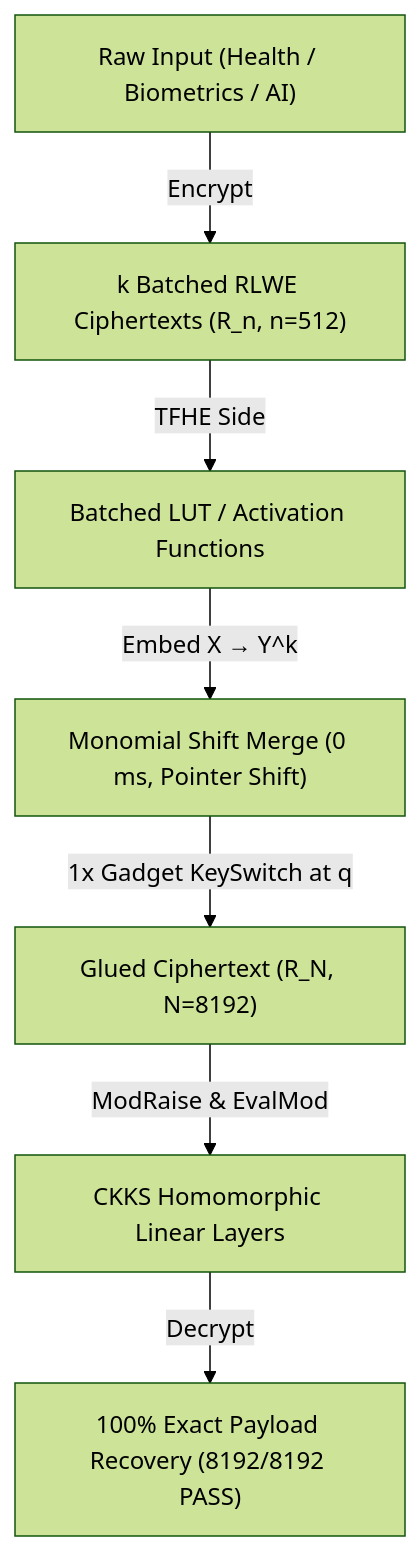
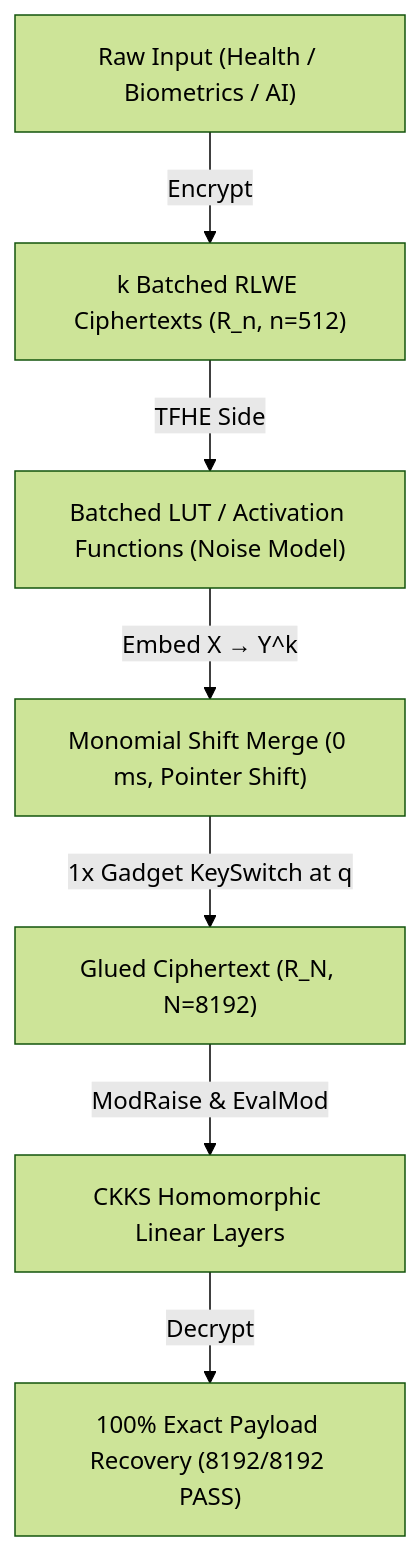
The diagram in README.md (nongba0/pocket-fhe), drawn with Mermaid (forest theme) before and after one commit. The commit also changed other lines of this file and 3 other files, not shown here.

````diff
--- a/README.md
+++ b/README.md
@@ -30,9 +35,9 @@
 ```mermaid
 graph TD
     A["Raw Input (Health / Biometrics / AI)"] -->|Encrypt| B["k Batched RLWE Ciphertexts (R_n, n=512)"]
-    B -->|TFHE Side| C["Batched LUT / Activation Functions"]
+    B -->|TFHE Side| C["Batched LUT / Activation Functions (Noise Model)"]
     C -->|Embed X → Y^k| D["Monomial Shift Merge (0 ms, Pointer Shift)"]
     D -->|1x Gadget KeySwitch at q| E["Glued Ciphertext (R_N, N=8192)"]
     E -->|ModRaise & EvalMod| F["CKKS Homomorphic Linear Layers"]
     F -->|Decrypt| G["100% Exact Payload Recovery (8192/8192 PASS)"]
 ```
````
